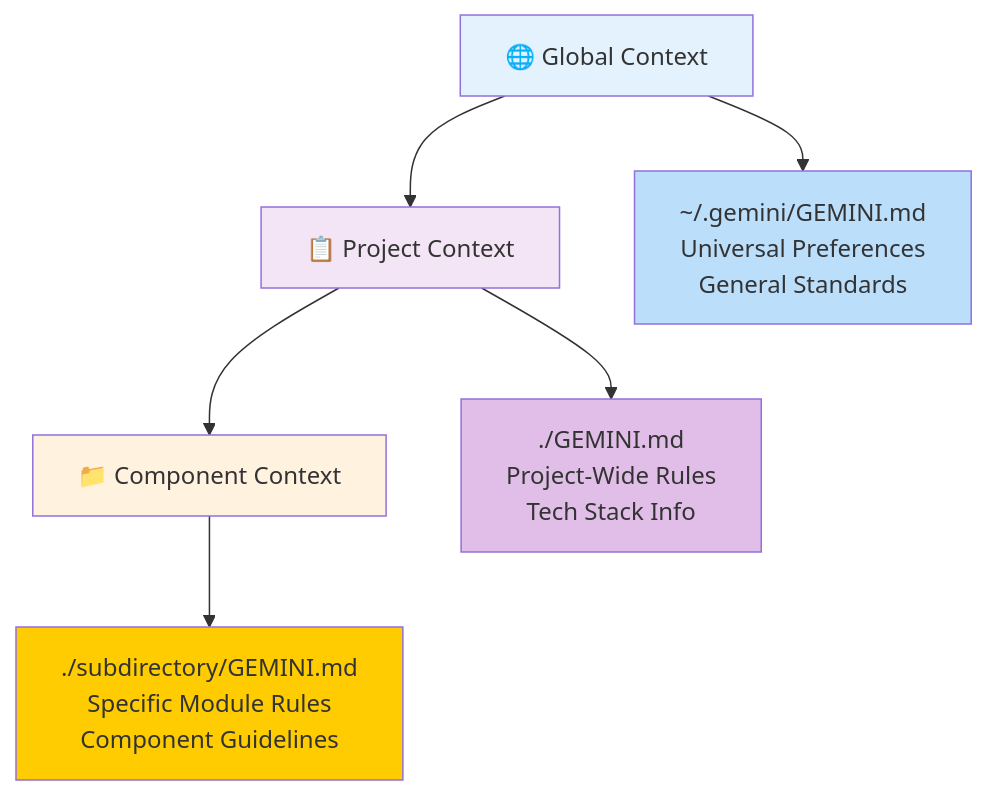
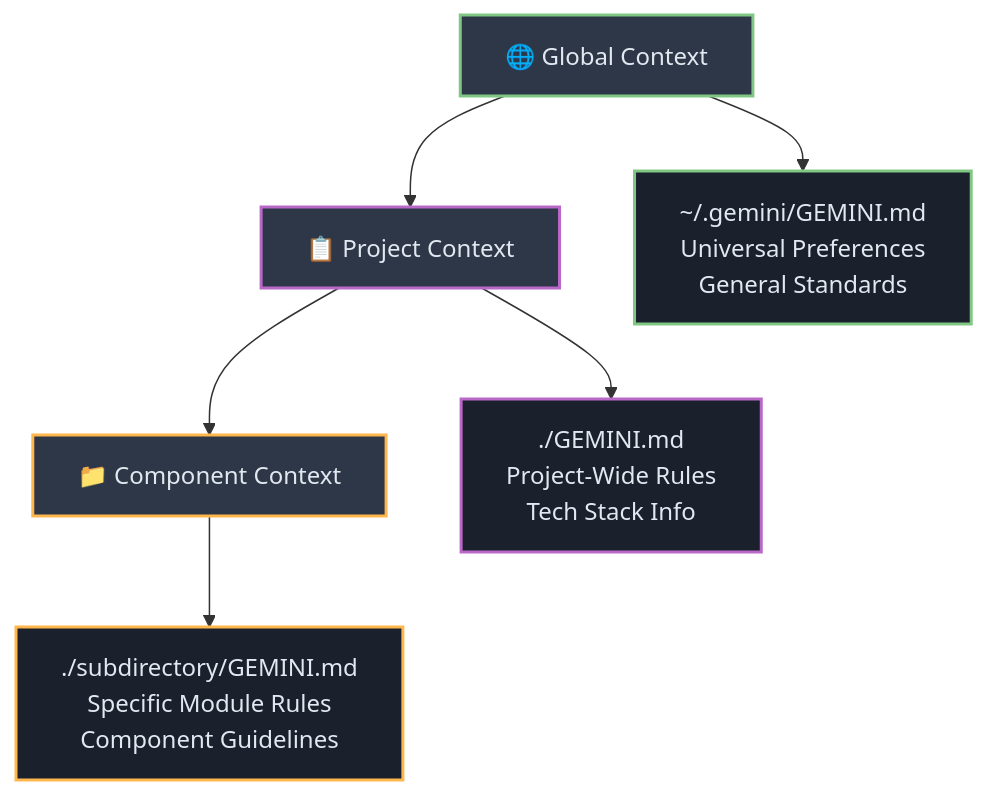
Before and after one commit to josemlopez/gemini_md_tutorial: the second of 8 diagrams in README.md, drawn with Mermaid. The commit also changed other lines of this file, not shown here.

````diff
--- a/README.md
+++ b/README.md
@@ -79,18 +79,18 @@
 ```mermaid
 graph TD
     A[🌐 Global Context] --> B[📋 Project Context]
     B --> C[📁 Component Context]
     
     A --> D[~/.gemini/GEMINI.md<br/>Universal Preferences<br/>General Standards]
     
     B --> E[./GEMINI.md<br/>Project-Wide Rules<br/>Tech Stack Info]
     
     C --> F[./subdirectory/GEMINI.md<br/>Specific Module Rules<br/>Component Guidelines]
     
-    style A fill:#e3f2fd
-    style B fill:#f3e5f5
-    style C fill:#fff3e0
-    style D fill:#bbdefb
-    style E fill:#e1bee7
-    style F fill:#ffcc02
+    style A fill:#2d3748,stroke:#81c784,stroke-width:2px,color:#e2e8f0
+    style B fill:#2d3748,stroke:#ba68c8,stroke-width:2px,color:#e2e8f0
+    style C fill:#2d3748,stroke:#ffb74d,stroke-width:2px,color:#e2e8f0
+    style D fill:#1a202c,stroke:#81c784,stroke-width:2px,color:#e2e8f0
+    style E fill:#1a202c,stroke:#ba68c8,stroke-width:2px,color:#e2e8f0
+    style F fill:#1a202c,stroke:#ffb74d,stroke-width:2px,color:#e2e8f0
 ```
````
